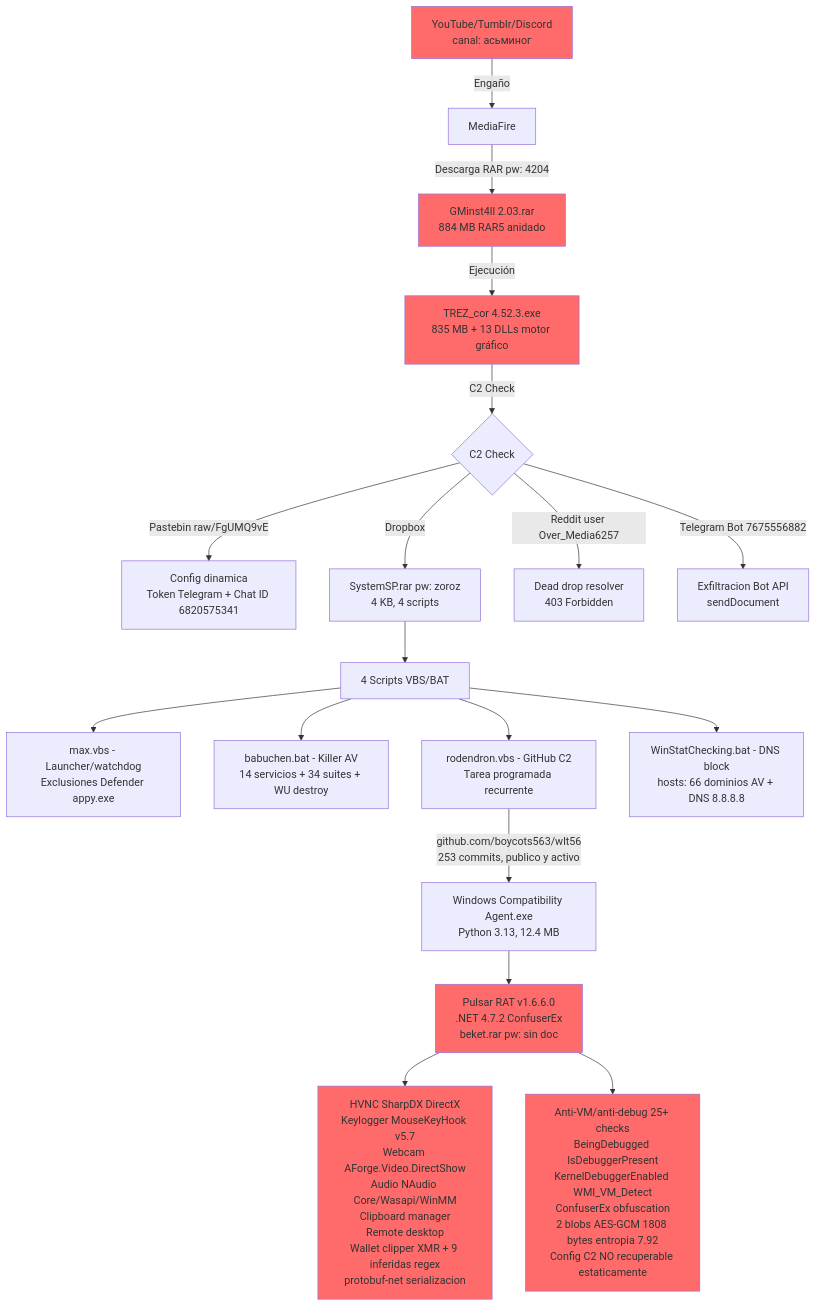
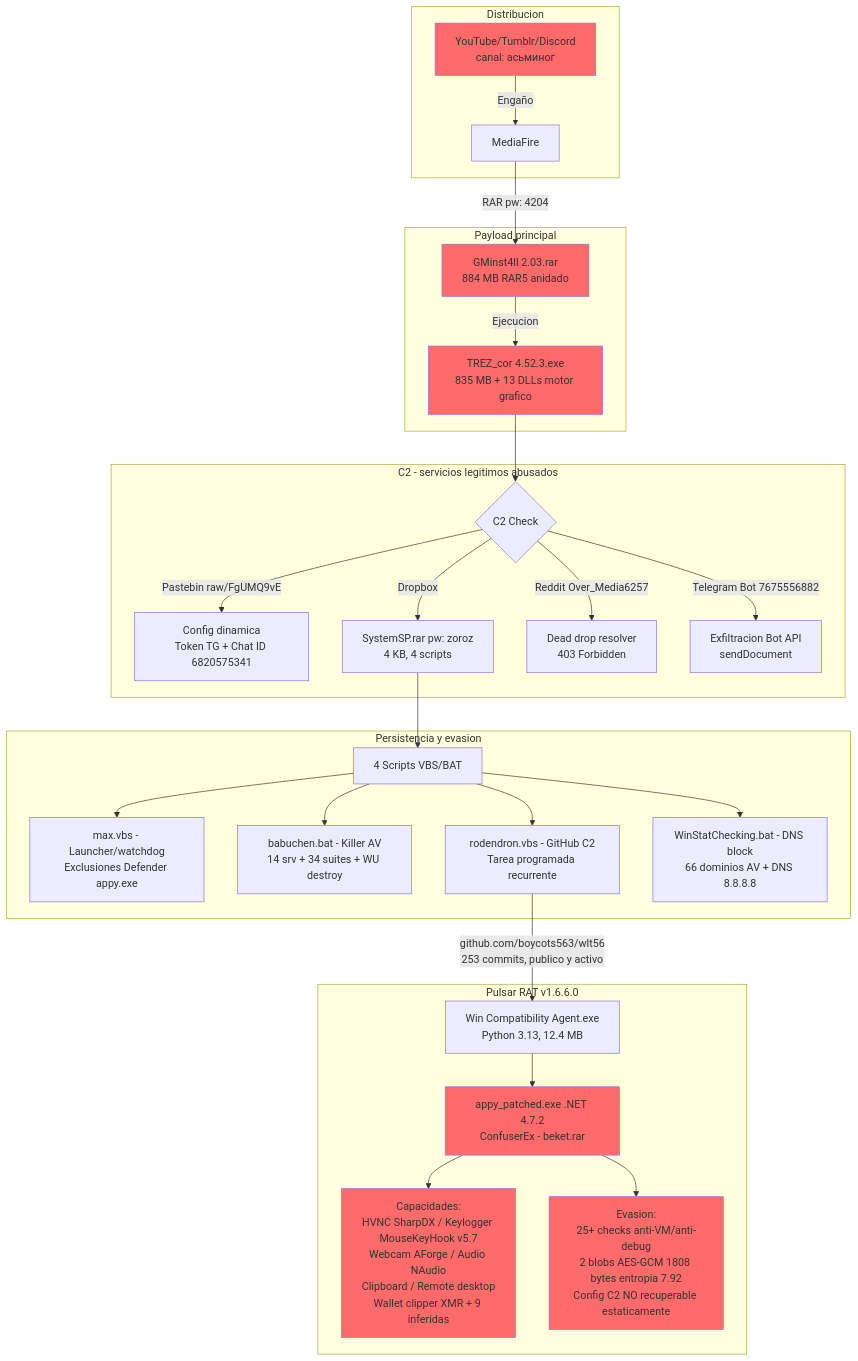
One commit to alesanfe/soar-ransomware-lab changed diagram 11 of 12 in docs/thesis/appendix_f.md. Above: the diagram before and after it, drawn with Mermaid. The commit also changed other lines of this file, not shown here.

````diff
--- a/docs/thesis/appendix_f.md
+++ b/docs/thesis/appendix_f.md
@@ -558,26 +558,36 @@
 ```mermaid
 graph TD
- A[YouTube/Tumblr/Discord<br/>canal: асьминог] -->|Engaño| B[MediaFire]
- B -->|Descarga RAR pw: 4204| C[GMinst4ll 2.03.rar<br/>884 MB RAR5 anidado]
- C -->|Ejecución| D[TREZ_cor 4.52.3.exe<br/>835 MB + 13 DLLs motor gráfico]
- D -->|C2 Check| E{C2 Check}
- E -->|Pastebin raw/FgUMQ9vE| F[Config dinamica<br/>Token Telegram + Chat ID 6820575341]
- E -->|Dropbox| G[SystemSP.rar pw: zoroz<br/>4 KB, 4 scripts]
- E -->|Reddit user Over_Media6257| H[Dead drop resolver<br/>403 Forbidden]
- E -->|Telegram Bot 7675556882| I[Exfiltracion Bot API<br/>sendDocument]
- G --> J[4 Scripts VBS/BAT]
- J --> K[max.vbs - Launcher/watchdog<br/>Exclusiones Defender appy.exe]
- J --> L[babuchen.bat - Killer AV<br/>14 servicios + 34 suites + WU destroy]
- J --> M[rodendron.vbs - GitHub C2<br/>Tarea programada recurrente]
- J --> N[WinStatChecking.bat - DNS block<br/>hosts: 66 dominios AV + DNS 8.8.8.8]
- M -->|github.com/boycots563/wlt56<br/>253 commits, publico y activo| O[Windows Compatibility Agent.exe<br/>Python 3.13, 12.4 MB]
- O --> P[Pulsar RAT v1.6.6.0<br/>.NET 4.7.2 ConfuserEx<br/>beket.rar pw: sin doc]
- P --> Q[HVNC SharpDX DirectX<br/>Keylogger MouseKeyHook v5.7<br/>Webcam AForge.Video.DirectShow<br/>Audio NAudio Core/Wasapi/WinMM<br/>Clipboard manager<br/>Remote desktop<br/>Wallet clipper XMR + 9 inferidas regex<br/>protobuf-net serializacion]
- P --> R[Anti-VM/anti-debug 25+ checks<br/>BeingDebugged IsDebuggerPresent<br/>KernelDebuggerEnabled WMI_VM_Detect<br/>ConfuserEx obfuscation<br/>2 blobs AES-GCM 1808 bytes entropia 7.92<br/>Config C2 NO recuperable estaticamente]
+ subgraph Distrib["Distribucion"]
+   A[YouTube/Tumblr/Discord<br/>canal: асьминог] -->|Engaño| B[MediaFire]
+ end
+ subgraph Payload["Payload principal"]
+   B -->|RAR pw: 4204| C[GMinst4ll 2.03.rar<br/>884 MB RAR5 anidado]
+   C -->|Ejecucion| D[TREZ_cor 4.52.3.exe<br/>835 MB + 13 DLLs motor grafico]
+ end
+ subgraph C2["C2 - servicios legitimos abusados"]
+   D --> E{C2 Check}
+   E -->|Pastebin raw/FgUMQ9vE| F[Config dinamica<br/>Token TG + Chat ID 6820575341]
+   E -->|Dropbox| G[SystemSP.rar pw: zoroz<br/>4 KB, 4 scripts]
+   E -->|Reddit Over_Media6257| H[Dead drop resolver<br/>403 Forbidden]
+   E -->|Telegram Bot 7675556882| I[Exfiltracion Bot API<br/>sendDocument]
+ end
+ subgraph Persist["Persistencia y evasion"]
+   G --> J[4 Scripts VBS/BAT]
+   J --> K[max.vbs - Launcher/watchdog<br/>Exclusiones Defender appy.exe]
+   J --> L[babuchen.bat - Killer AV<br/>14 srv + 34 suites + WU destroy]
+   J --> M[rodendron.vbs - GitHub C2<br/>Tarea programada recurrente]
+   J --> N[WinStatChecking.bat - DNS block<br/>66 dominios AV + DNS 8.8.8.8]
+ end
+ subgraph RAT["Pulsar RAT v1.6.6.0"]
+   M -->|github.com/boycots563/wlt56<br/>253 commits, publico y activo| O[Win Compatibility Agent.exe<br/>Python 3.13, 12.4 MB]
+   O --> P[appy_patched.exe .NET 4.7.2<br/>ConfuserEx - beket.rar]
+   P --> Q[Capacidades:<br/>HVNC SharpDX / Keylogger MouseKeyHook v5.7<br/>Webcam AForge / Audio NAudio<br/>Clipboard / Remote desktop<br/>Wallet clipper XMR + 9 inferidas]
+   P --> R[Evasion:<br/>25+ checks anti-VM/anti-debug<br/>2 blobs AES-GCM 1808 bytes entropia 7.92<br/>Config C2 NO recuperable estaticamente]
+ end
  style A fill:#ff6b6b
  style C fill:#ff6b6b
  style D fill:#ff6b6b
  style P fill:#ff6b6b
  style Q fill:#ff6b6b
  style R fill:#ff6b6b
 ```
````
